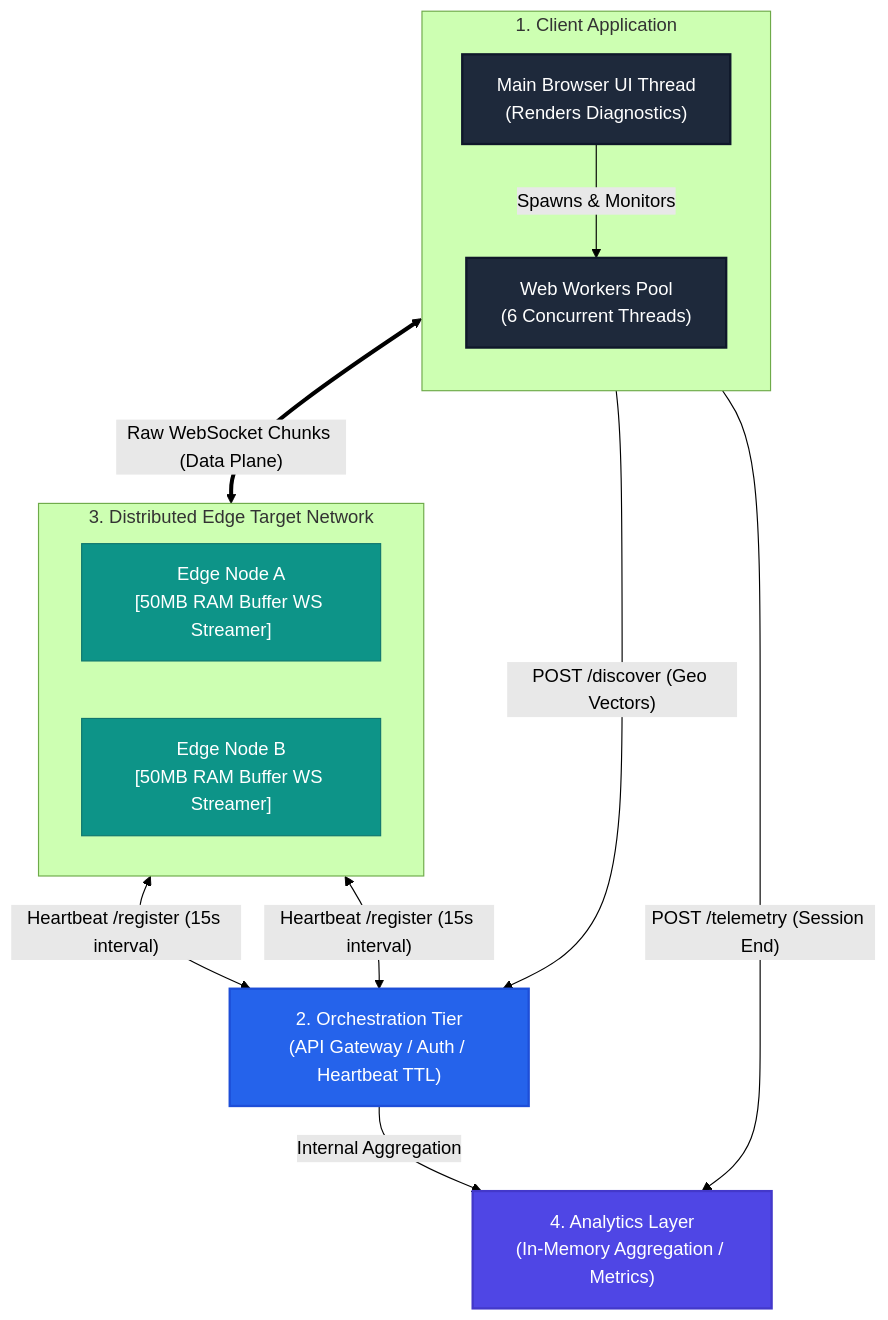
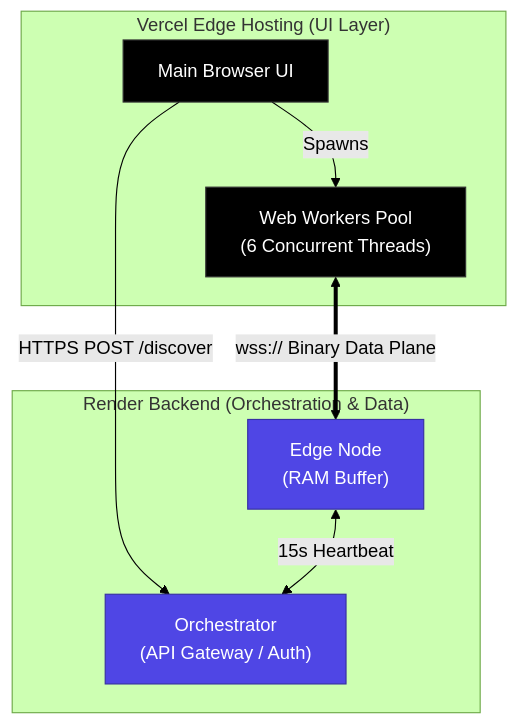
Before and after one commit to Forgata/nt-pulse: the diagram in ARCHITECTURE.md, drawn with Mermaid (forest theme). The commit also changed other lines of this file and 3 other files, not shown here.

Commit message:
feat: update documentation for v2.1, enhance architecture overview, and add license file

````diff
--- a/ARCHITECTURE.md
+++ b/ARCHITECTURE.md
@@ -19,41 +18,25 @@
 ```mermaid
 flowchart TD
     %% Define Styles
-    classDef clientStyle fill:#1e293b,color:#ffffff,stroke:#0f172a,stroke-width:2px;
-    classDef orchStyle fill:#2563eb,color:#ffffff,stroke:#1d4ed8,stroke-width:2px;
-    classDef edgeStyle fill:#0d9488,color:#ffffff,stroke:#0f766e,stroke-width:1px;
-    classDef analyticsStyle fill:#4f46e5,color:#ffffff,stroke:#4338ca,stroke-width:2px;
+    classDef vercelStyle fill:#000000,color:#ffffff,stroke:#333;
+    classDef renderStyle fill:#4f46e5,color:#ffffff,stroke:#3730a3;
 
-    %% Tier 1
-    subgraph Tier1 ["1. Client Application"]
-        direction TB
-        UI["Main Browser UI Thread<br/>(Renders Diagnostics)"]:::clientStyle
-        Workers["Web Workers Pool<br/>(6 Concurrent Threads)"]:::clientStyle
-        UI -->|Spawns & Monitors| Workers
+    %% Tier 1: Vercel (Frontend)
+    subgraph Vercel ["Vercel Edge Hosting (UI Layer)"]
+        UI["Main Browser UI"]:::vercelStyle
+        Workers["Web Workers Pool<br/>(6 Concurrent Threads)"]:::vercelStyle
+        UI -->|Spawns| Workers
     end
 
-    %% Tier 2
-    Orchestration["2. Orchestration Tier<br/>(API Gateway / Auth / Heartbeat TTL)"]:::orchStyle
-
-    %% Tier 3 (Distributed Network)
-    subgraph Tier3 ["3. Distributed Edge Target Network"]
-        direction LR
-        NodeA["Edge Node A<br/>[50MB RAM Buffer WS Streamer]"]:::edgeStyle
-        NodeB["Edge Node B<br/>[50MB RAM Buffer WS Streamer]"]:::edgeStyle
+    %% Tier 2: Render (Backend)
+    subgraph Render ["Render Backend (Orchestration & Data)"]
+        Orch["Orchestrator<br/>(API Gateway / Auth)"]:::renderStyle
+        Node["Edge Node<br/>(RAM Buffer)"]:::renderStyle
     end
 
-    %% Tier 4
-    Analytics["4. Analytics Layer<br/>(In-Memory Aggregation / Metrics)"]:::analyticsStyle
-
-    %% Connections & Flow
-    UI -->|"POST /discover (Geo Vectors)"| Orchestration
-
-    NodeA <-->|"Heartbeat /register (15s interval)"| Orchestration
-    NodeB <-->|"Heartbeat /register (15s interval)"| Orchestration
-
-    Workers <==>|"Raw WebSocket Chunks (Data Plane)"| NodeA
-
-    UI -->|"POST /telemetry (Session End)"| Analytics
-    Orchestration -->|"Internal Aggregation"| Analytics
+    %% Connections
+    UI -->|HTTPS POST /discover| Orch
+    Workers <==>|wss:// Binary Data Plane| Node
+    Node <-->|15s Heartbeat| Orch
 
 ```
````
